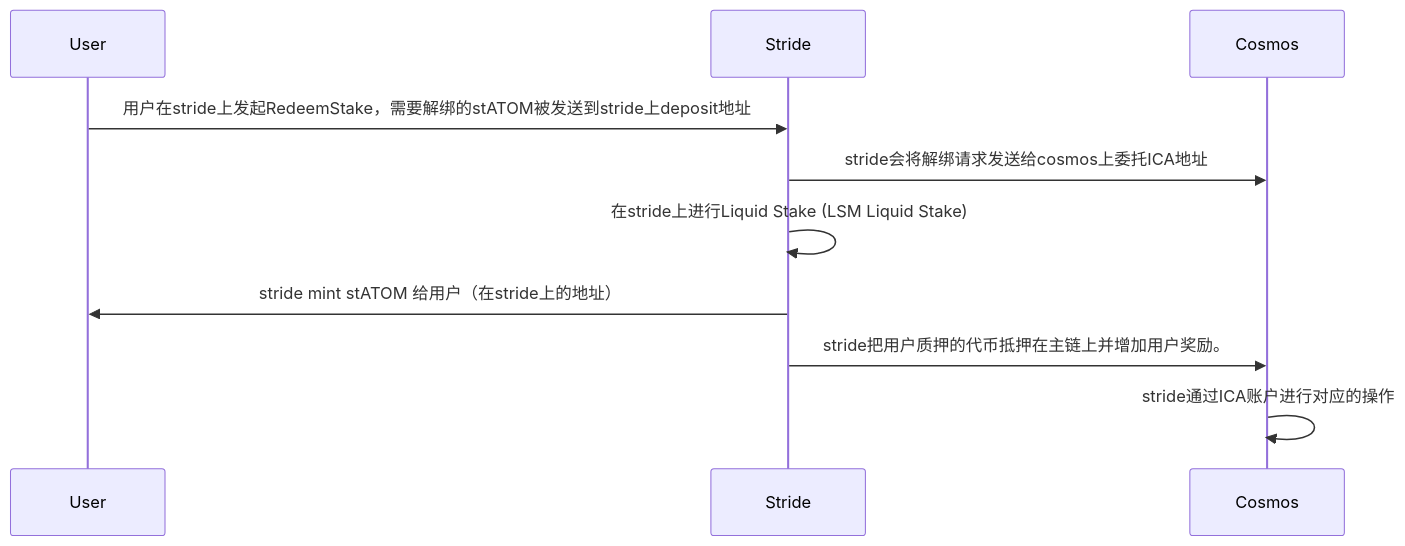
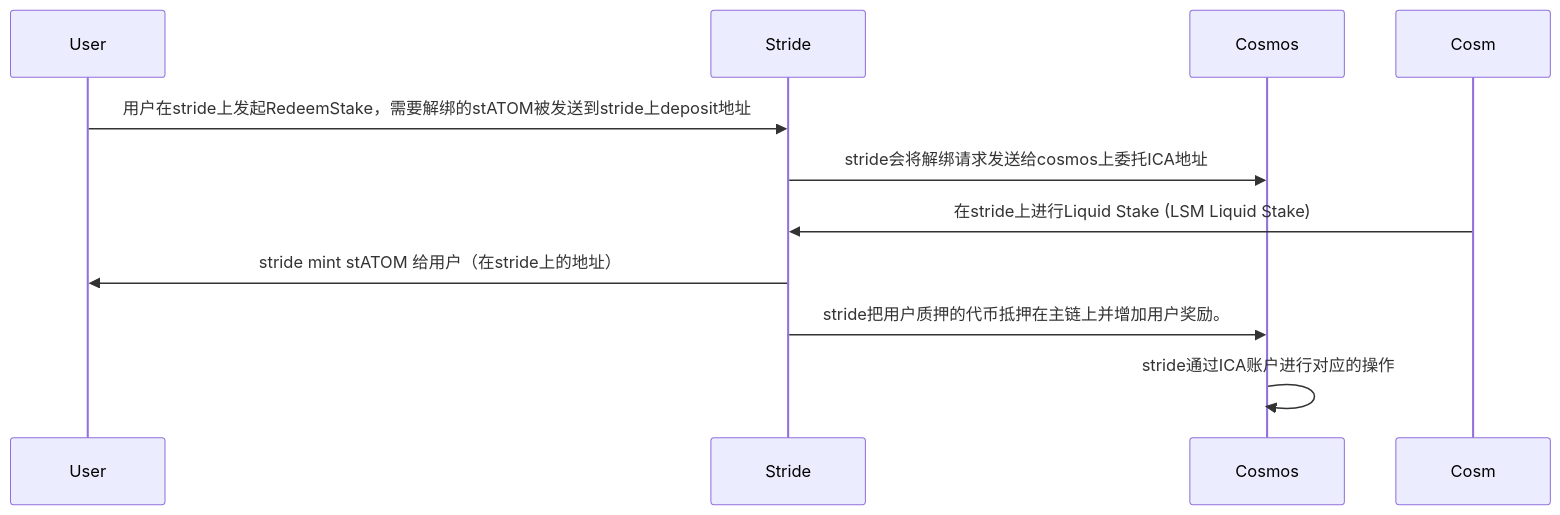
Before and after one commit to yingjianzh/iodraw-files: the diagram in all/unbonding.md, drawn with Mermaid.

Commit message:
2024-03-28 15:03:31 update

````diff
--- a/all/unbonding.md
+++ b/all/unbonding.md
@@ -1,9 +1,9 @@
 ```mermaid
 sequenceDiagram
     User->>Stride: 用户在stride上发起RedeemStake，需要解绑的stATOM被发送到stride上deposit地址
     Stride->>Cosmos: stride会将解绑请求发送给cosmos上委托ICA地址
-    Stride->>Stride: 在stride上进行Liquid Stake (LSM Liquid Stake)
+    Cosm->>Stride: 在stride上进行Liquid Stake (LSM Liquid Stake)
     Stride->>User: stride mint stATOM 给用户（在stride上的地址）
     Stride->>Cosmos: stride把用户质押的代币抵押在主链上并增加用户奖励。
     Cosmos->>Cosmos: stride通过ICA账户进行对应的操作
 ```
````
